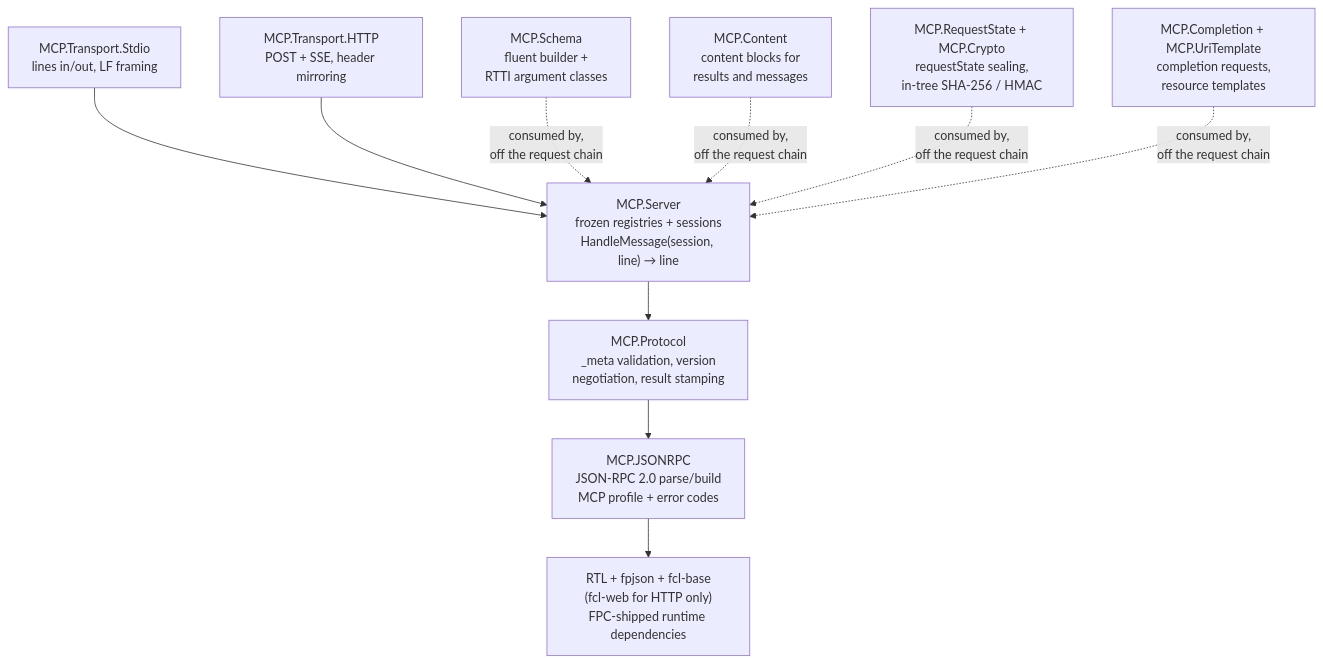
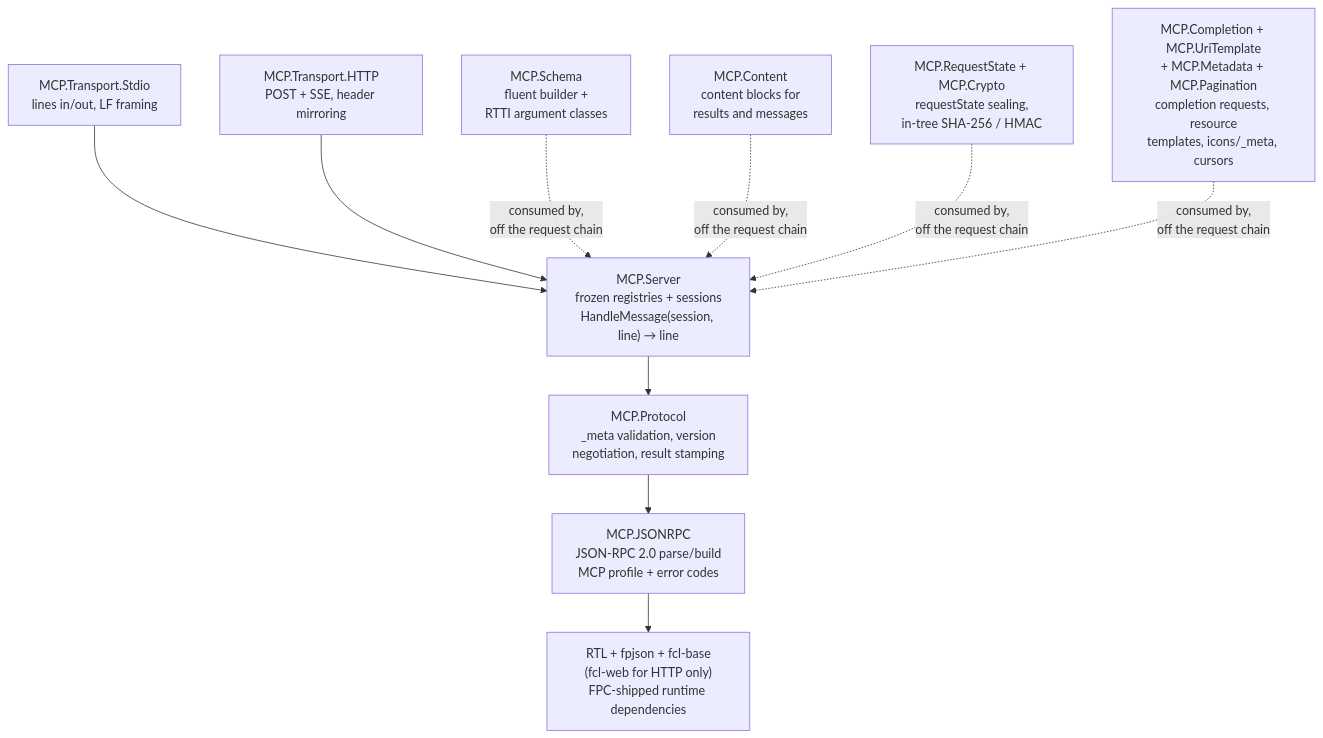
The first of 5 diagrams in docs/internals/architecture.md (frostney/pascal-mcp-sdk), drawn with Mermaid before and after one commit. The commit also changed other lines of this file and 13 other files, not shown here.

First line of the commit message:
feat!: set server, resource, prompt and tool metadata and handler _meta (#112)

````diff
--- a/docs/internals/architecture.md
+++ b/docs/internals/architecture.md
@@ -33,22 +34,22 @@
 ```mermaid
 flowchart TB
     STDIO["MCP.Transport.Stdio<br/>lines in/out, LF framing"]
     HTTP["MCP.Transport.HTTP<br/>POST + SSE, header mirroring"]
     SCHEMA["MCP.Schema<br/>fluent builder +<br/>RTTI argument classes"]
     CONTENT["MCP.Content<br/>content blocks for<br/>results and messages"]
     SEAL["MCP.RequestState + MCP.Crypto<br/>requestState sealing,<br/>in-tree SHA-256 / HMAC"]
-    HELPERS["MCP.Completion + MCP.UriTemplate<br/>completion requests,<br/>resource templates"]
+    HELPERS["MCP.Completion + MCP.UriTemplate<br/>+ MCP.Metadata + MCP.Pagination<br/>completion requests, resource<br/>templates, icons/_meta, cursors"]
     SERVER["MCP.Server<br/>frozen registries + sessions<br/>HandleMessage(session, line) → line"]
     PROTOCOL["MCP.Protocol<br/>_meta validation, version<br/>negotiation, result stamping"]
     JSONRPC["MCP.JSONRPC<br/>JSON-RPC 2.0 parse/build<br/>MCP profile + error codes"]
     RTL["RTL + fpjson + fcl-base<br/>(fcl-web for HTTP only)<br/>FPC-shipped runtime dependencies"]
     STDIO --> SERVER
     HTTP --> SERVER
     SCHEMA -. "consumed by,<br/>off the request chain" .-> SERVER
     CONTENT -. "consumed by,<br/>off the request chain" .-> SERVER
     SEAL -. "consumed by,<br/>off the request chain" .-> SERVER
     HELPERS -. "consumed by,<br/>off the request chain" .-> SERVER
     SERVER --> PROTOCOL
     PROTOCOL --> JSONRPC
     JSONRPC --> RTL
 ```
````
